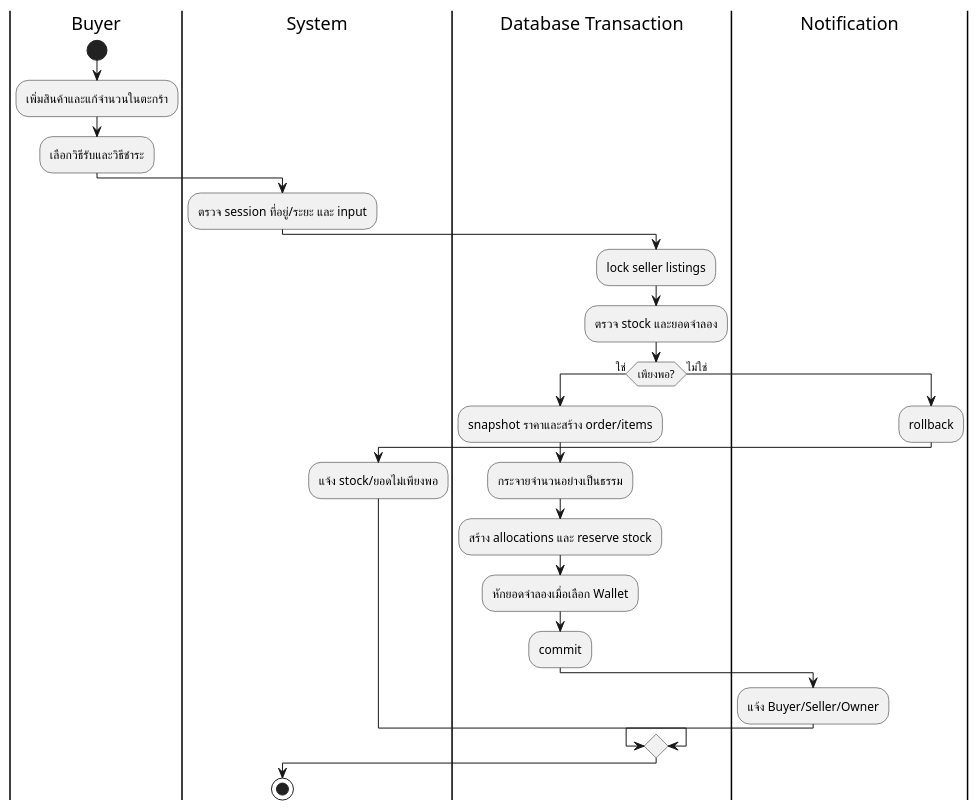
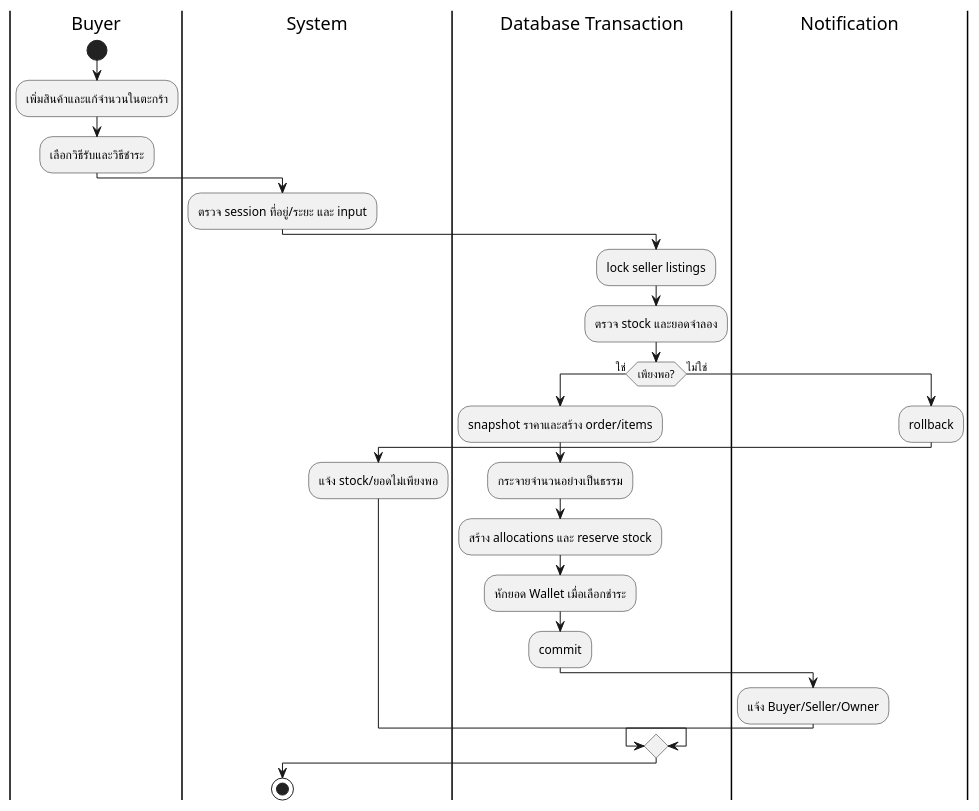
The tenth of 31 diagrams in docs/chapter-3-analysis-and-design.md (MIXThanakorn/locomall), drawn with PlantUML before and after one commit. The commit also changed other lines of this file and 16 other files, not shown here.

````diff
--- a/docs/chapter-3-analysis-and-design.md
+++ b/docs/chapter-3-analysis-and-design.md
@@ -568,28 +568,28 @@
 ```plantuml
 @startuml
 skinparam defaultFontName Tahoma
 |Buyer|
 start
 :เพิ่มสินค้าและแก้จำนวนในตะกร้า;
 :เลือกวิธีรับและวิธีชำระ;
 |System|
 :ตรวจ session ที่อยู่/ระยะ และ input;
 |Database Transaction|
 :lock seller listings;
 :ตรวจ stock และยอดจำลอง;
 if (เพียงพอ?) then (ใช่)
   :snapshot ราคาและสร้าง order/items;
   :กระจายจำนวนอย่างเป็นธรรม;
   :สร้าง allocations และ reserve stock;
-  :หักยอดจำลองเมื่อเลือก Wallet;
+  :หักยอด Wallet เมื่อเลือกชำระ;
   :commit;
   |Notification|
   :แจ้ง Buyer/Seller/Owner;
 else (ไม่ใช่)
   :rollback;
   |System|
   :แจ้ง stock/ยอดไม่เพียงพอ;
 endif
 stop
 @enduml
 ```
````
